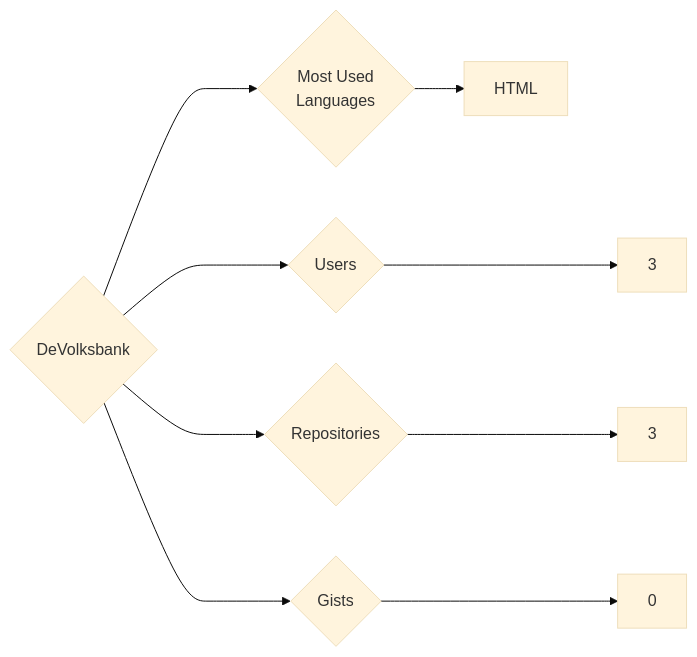
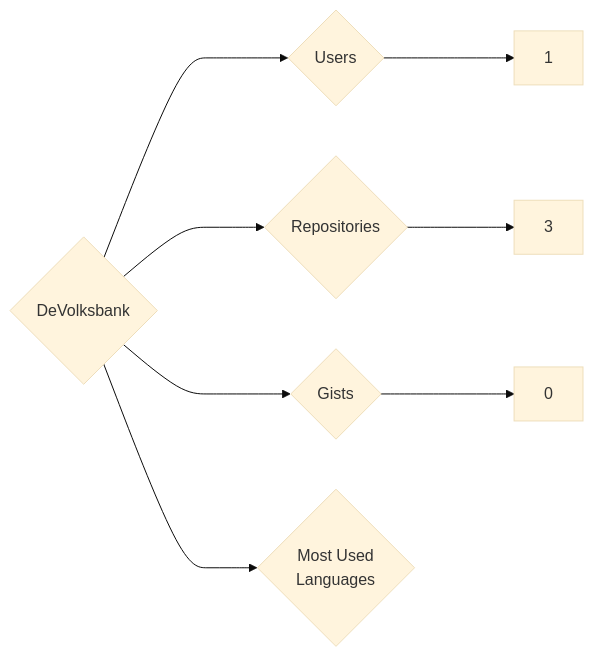
Before and after one commit to trickest/insiders: the diagram in targets/DeVolksbank/README.md, drawn with Mermaid (base theme). The commit also changed 1141 other files, not shown here.

````diff
--- a/targets/DeVolksbank/README.md
+++ b/targets/DeVolksbank/README.md
@@ -3,9 +3,8 @@
 ```mermaid
 graph LR
 COMPANY_NAME{DeVolksbank}
-COMPANY_NAME ---> U{Users} ---> UN[3]
+COMPANY_NAME ---> U{Users} ---> UN[1]
 COMPANY_NAME ---> R{Repositories} ---> RN[3]
 COMPANY_NAME ---> G{Gists} ---> GN[0]
 COMPANY_NAME ---> ML{Most Used<br>Languages}
-ML --> HTML[HTML]
 ```
````
